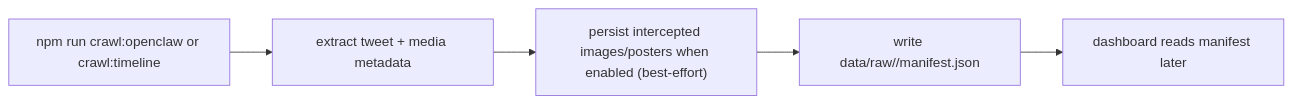
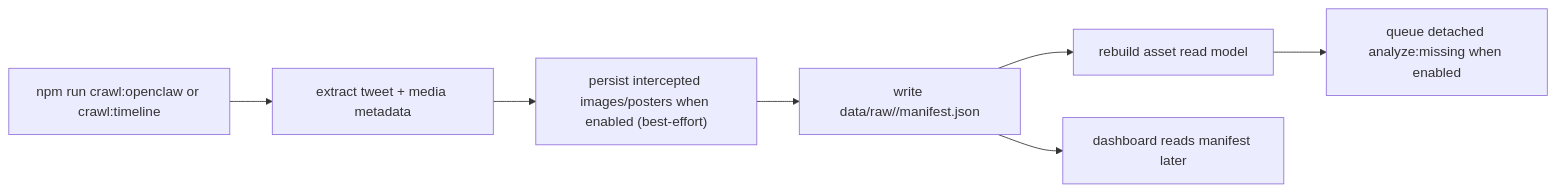
One commit to nick-locascio-alt/x-claw-studio changed the first of 11 diagrams in agent_docs/20-runtime-flows.md. Above: the diagram before and after it, drawn with Mermaid. The commit also changed other lines of this file and 127 other files, not shown here.

````diff
--- a/agent_docs/20-runtime-flows.md
+++ b/agent_docs/20-runtime-flows.md
@@ -7,7 +7,9 @@
 ```mermaid
 flowchart LR
   A["npm run crawl:openclaw or crawl:timeline"] --> B["extract tweet + media metadata"]
   B --> C["persist intercepted images/posters when enabled (best-effort)"]
   C --> D["write data/raw/<run-id>/manifest.json"]
-  D --> E["dashboard reads manifest later"]
+  D --> E["rebuild asset read model"]
+  E --> F["queue detached analyze:missing when enabled"]
+  D --> G["dashboard reads manifest later"]
 ```
````
